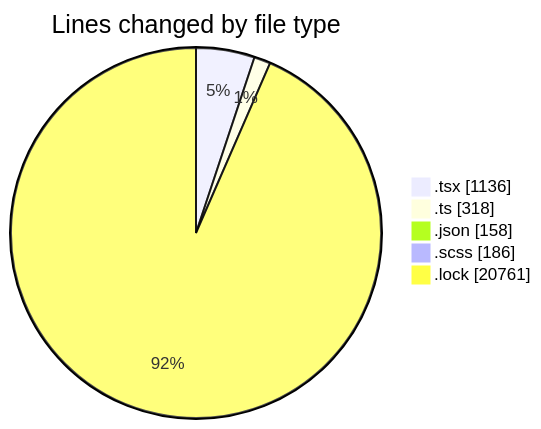
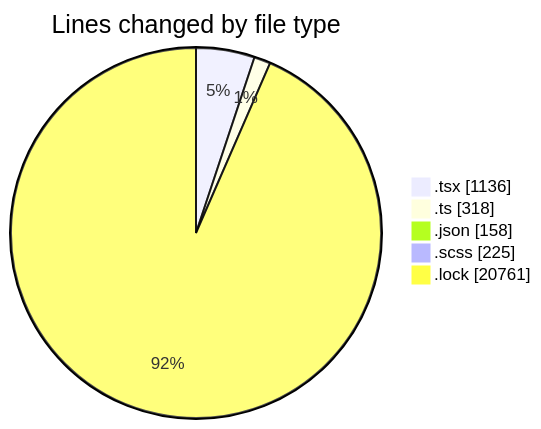
Before and after one commit to momahboobian/code-tracking: the first of 2 diagrams in 2025-04-29/cda/README.md, drawn with Mermaid. The commit also changed other lines of this file and 1 other file, not shown here.

````diff
--- a/2025-04-29/cda/README.md
+++ b/2025-04-29/cda/README.md
@@ -38,9 +39,9 @@
 ```mermaid
 pie showData
 title Lines changed by file type
 ".tsx" : 1136
 ".ts" : 318
 ".json" : 158
-".scss" : 186
+".scss" : 225
 ".lock" : 20761
 ```
````
